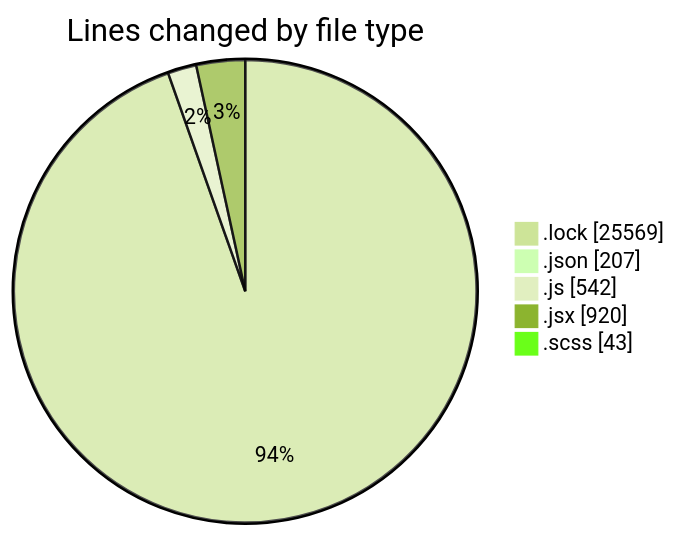
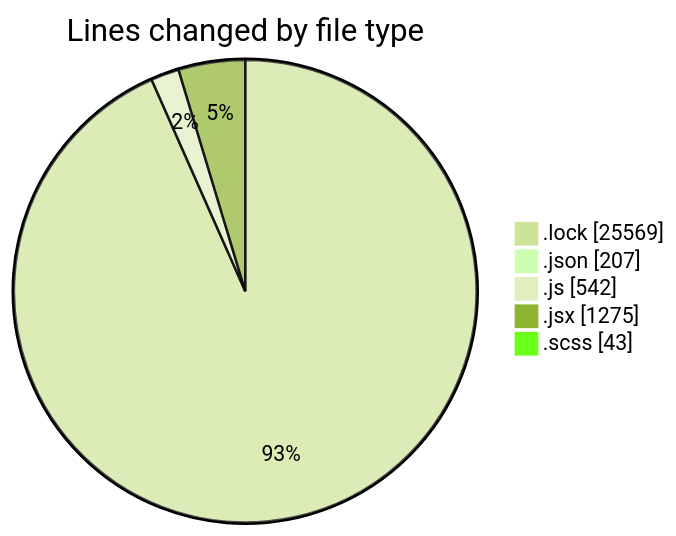
The first of 2 diagrams in 2026-01-07/cda/README.md (momahboobian/code-tracking), drawn with Mermaid (forest theme) before and after one commit. The commit also changed other lines of this file and 1 other file, not shown here.

````diff
--- a/2026-01-07/cda/README.md
+++ b/2026-01-07/cda/README.md
@@ -34,9 +34,9 @@
 ```mermaid
 pie showData
 title Lines changed by file type
 ".lock" : 25569
 ".json" : 207
 ".js" : 542
-".jsx" : 920
+".jsx" : 1275
 ".scss" : 43
 ```
````
